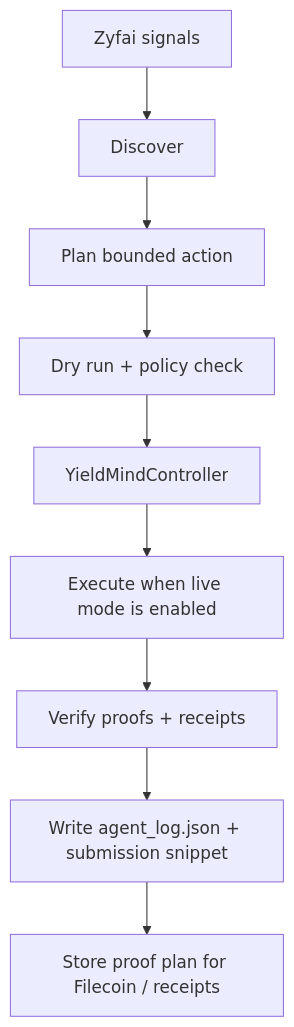
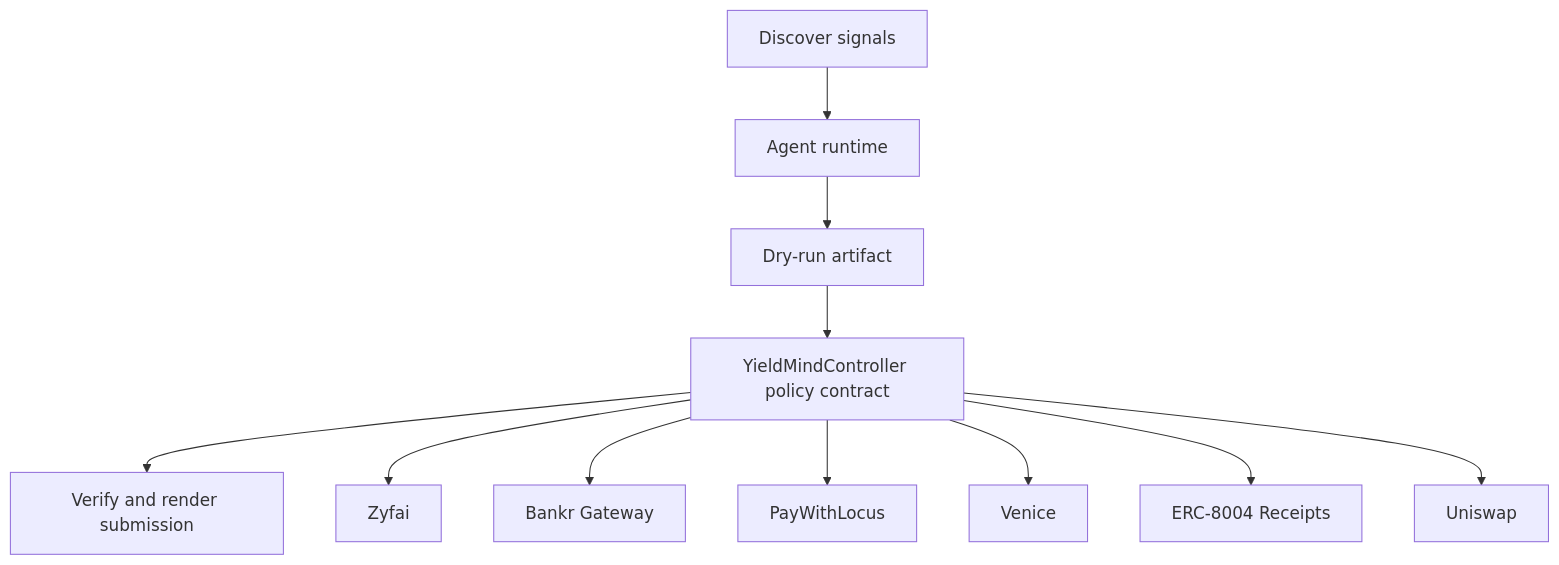
Before and after one commit to CrystallineButterfly/Synthesis-Zyfai: the diagram in README.md, drawn with Mermaid. The commit also changed other lines of this file and 998 other files, not shown here.

Commit message:
Implement bounded agent runtime

````diff
--- a/README.md
+++ b/README.md
@@ -30,11 +26,15 @@
-        ```mermaid
-        flowchart TD
-    Signals[Zyfai signals] --> Discover[Discover]
-    Discover --> Plan[Plan bounded action]
-    Plan --> DryRun[Dry run + policy check]
-    DryRun --> Guard[YieldMindController]
-    Guard --> Execute[Execute when live mode is enabled]
-    Execute --> Verify[Verify proofs + receipts]
-    Verify --> Persist[Write agent_log.json + submission snippet]
-    Persist --> Storage[Store proof plan for Filecoin / receipts]
-        ```
+```mermaid
+flowchart TD
+    Signals[Discover signals]
+    Planner[Agent runtime]
+    DryRun[Dry-run artifact]
+    Contract[YieldMindController policy contract]
+    Verify[Verify and render submission]
+    Signals --> Planner --> DryRun --> Contract --> Verify
+    Contract --> zyfai[Zyfai]
+    Contract --> bankr_gateway[Bankr Gateway]
+    Contract --> paywithlocus[PayWithLocus]
+    Contract --> venice[Venice]
+    Contract --> erc_8004_receipts[ERC-8004 Receipts]
+    Contract --> uniswap[Uniswap]
+```
````
